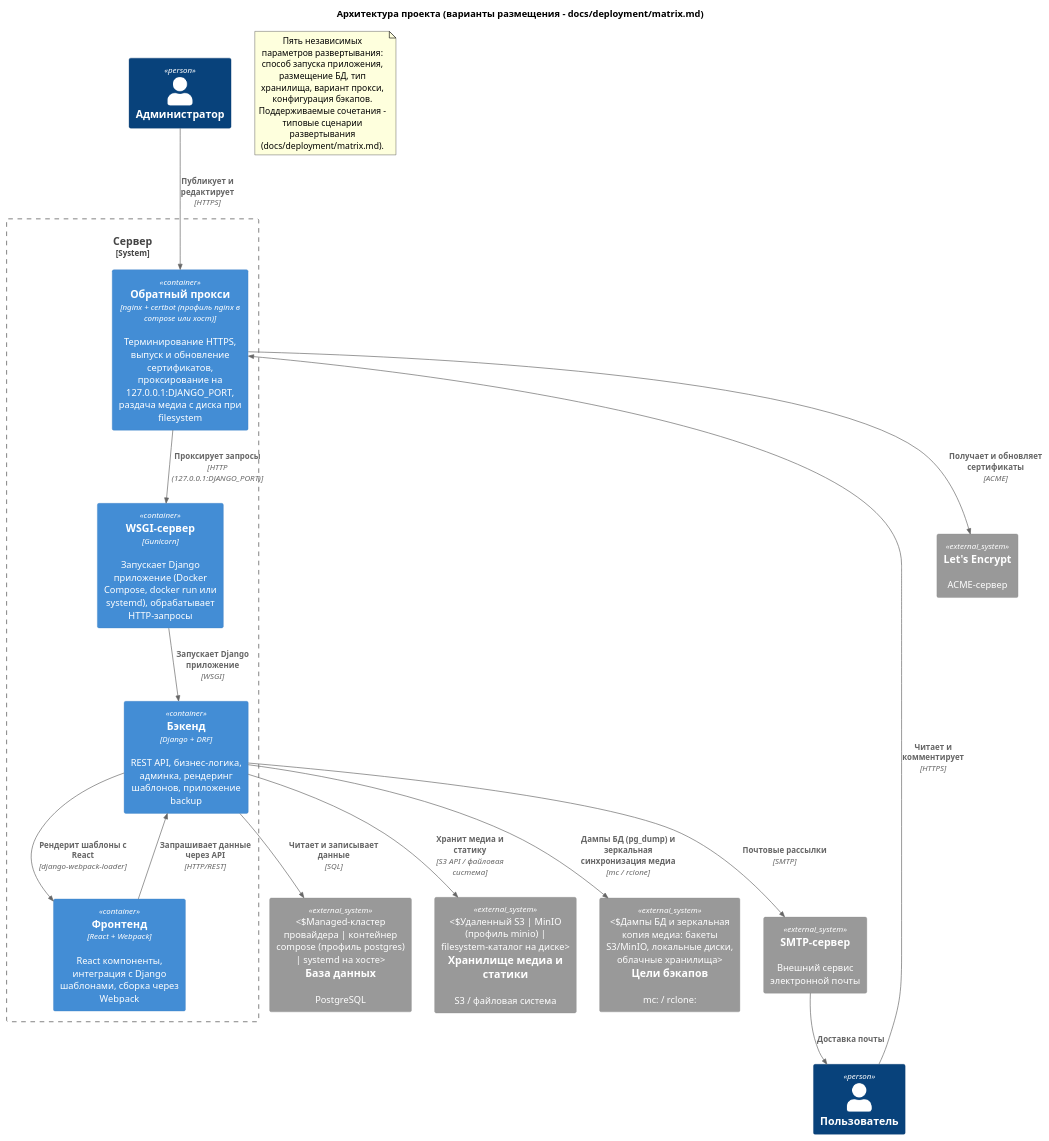
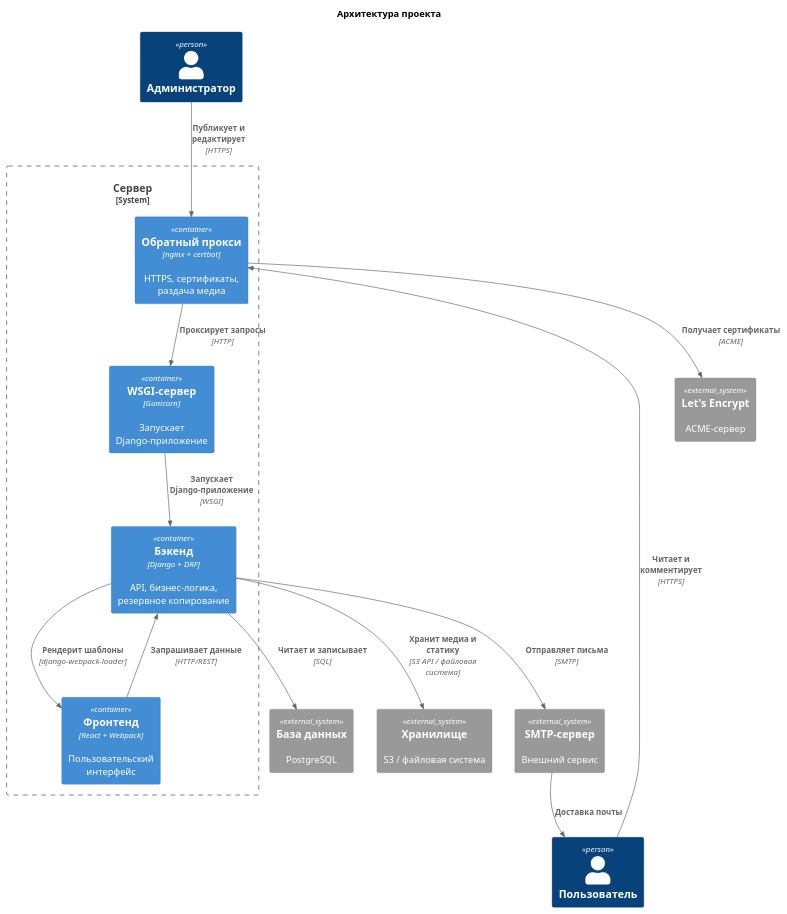
The diagram in docs/diagrams/src/container.puml (mikhpo/personal-website), drawn with PlantUML before and after one commit. The commit also changed 16 other files, not shown here.

```diff
--- a/docs/diagrams/src/container.puml
+++ b/docs/diagrams/src/container.puml
@@ -1,43 +1,34 @@
 @startuml container
 
 !include <C4/C4_Container>
 
-title Архитектура проекта (варианты размещения - docs/deployment/matrix.md)
+title Архитектура проекта
 
 Person(user, "Пользователь")
 Person(admin, "Администратор")
 
 System_Boundary(server, "Сервер") {
-    Container(proxy, "Обратный прокси", "nginx + certbot (профиль nginx в compose или хост)", "Терминирование HTTPS, выпуск и обновление сертификатов, проксирование на 127.0.0.1:DJANGO_PORT, раздача медиа с диска при filesystem")
-    Container(gunicorn, "WSGI-сервер", "Gunicorn", "Запускает Django приложение (Docker Compose, docker run или systemd), обрабатывает HTTP-запросы")
-    Container(backend, "Бэкенд", "Django + DRF", "REST API, бизнес-логика, админка, рендеринг шаблонов, приложение backup")
-    Container(frontend, "Фронтенд", "React + Webpack", "React компоненты, интеграция с Django шаблонами, сборка через Webpack")
+    Container(proxy, "Обратный прокси", "nginx + certbot", "HTTPS, сертификаты, раздача медиа")
+    Container(gunicorn, "WSGI-сервер", "Gunicorn", "Запускает Django-приложение")
+    Container(backend, "Бэкенд", "Django + DRF", "API, бизнес-логика, резервное копирование")
+    Container(frontend, "Фронтенд", "React + Webpack", "Пользовательский интерфейс")
 }
 
-System_Ext(db, "База данных", "PostgreSQL", "Managed-кластер провайдера | контейнер compose (профиль postgres) | systemd на хосте")
-System_Ext(s3, "Хранилище медиа и статики", "S3 / файловая система", "Удаленный S3 | MinIO (профиль minio) | filesystem-каталог на диске")
-System_Ext(backup_targets, "Цели бэкапов", "mc: / rclone:", "Дампы БД и зеркальная копия медиа: бакеты S3/MinIO, локальные диски, облачные хранилища")
-System_Ext(smtp, "SMTP-сервер", "Внешний сервис электронной почты")
+System_Ext(db, "База данных", "PostgreSQL")
+System_Ext(s3, "Хранилище", "S3 / файловая система")
+System_Ext(smtp, "SMTP-сервер", "Внешний сервис")
 System_Ext(le, "Let's Encrypt", "ACME-сервер")
 
 Rel(user, proxy, "Читает и комментирует", "HTTPS")
 Rel(admin, proxy, "Публикует и редактирует", "HTTPS")
-Rel(proxy, gunicorn, "Проксирует запросы", "HTTP (127.0.0.1:DJANGO_PORT)")
-Rel(gunicorn, backend, "Запускает Django приложение", "WSGI")
-Rel(backend, frontend, "Рендерит шаблоны с React", "django-webpack-loader")
-Rel(frontend, backend, "Запрашивает данные через API", "HTTP/REST")
-Rel(backend, db, "Читает и записывает данные", "SQL")
+Rel(proxy, gunicorn, "Проксирует запросы", "HTTP")
+Rel(gunicorn, backend, "Запускает Django-приложение", "WSGI")
+Rel(backend, frontend, "Рендерит шаблоны", "django-webpack-loader")
+Rel(frontend, backend, "Запрашивает данные", "HTTP/REST")
+Rel(backend, db, "Читает и записывает", "SQL")
 Rel(backend, s3, "Хранит медиа и статику", "S3 API / файловая система")
-Rel(backend, smtp, "Почтовые рассылки", "SMTP")
+Rel(backend, smtp, "Отправляет письма", "SMTP")
 Rel(smtp, user, "Доставка почты")
-Rel(backend, backup_targets, "Дампы БД (pg_dump) и зеркальная синхронизация медиа", "mc / rclone")
-Rel(proxy, le, "Получает и обновляет сертификаты", "ACME")
-
-note as VariantsNote
-  Пять независимых параметров развертывания: способ запуска приложения,
-  размещение БД, тип хранилища, вариант прокси, конфигурация бэкапов.
-  Поддерживаемые сочетания - типовые сценарии развертывания
-  (docs/deployment/matrix.md).
-end note
+Rel(proxy, le, "Получает сертификаты", "ACME")
 
 @enduml
```
